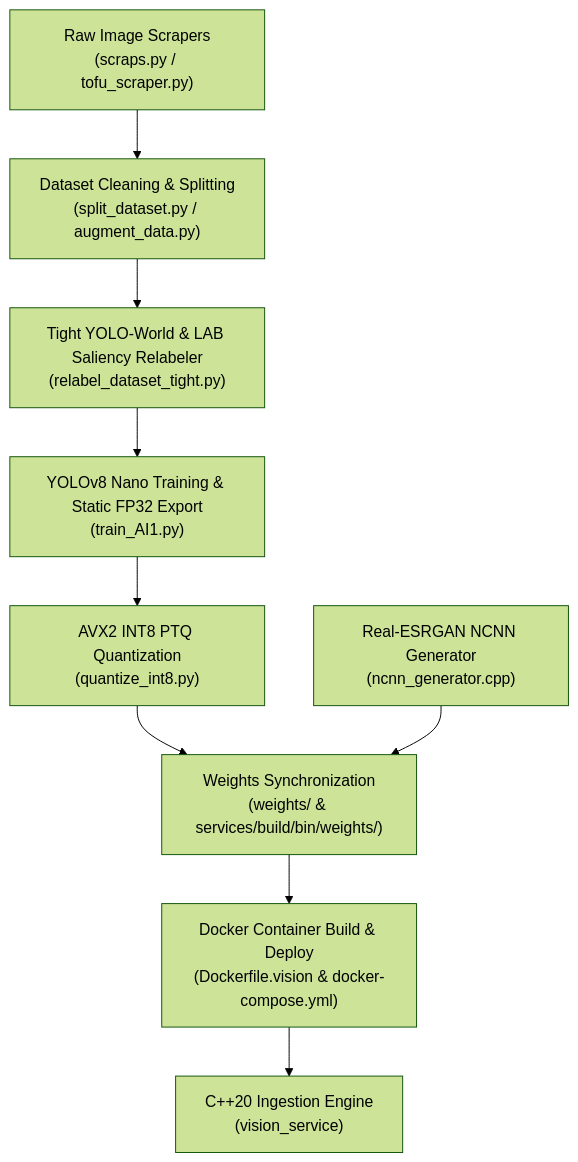
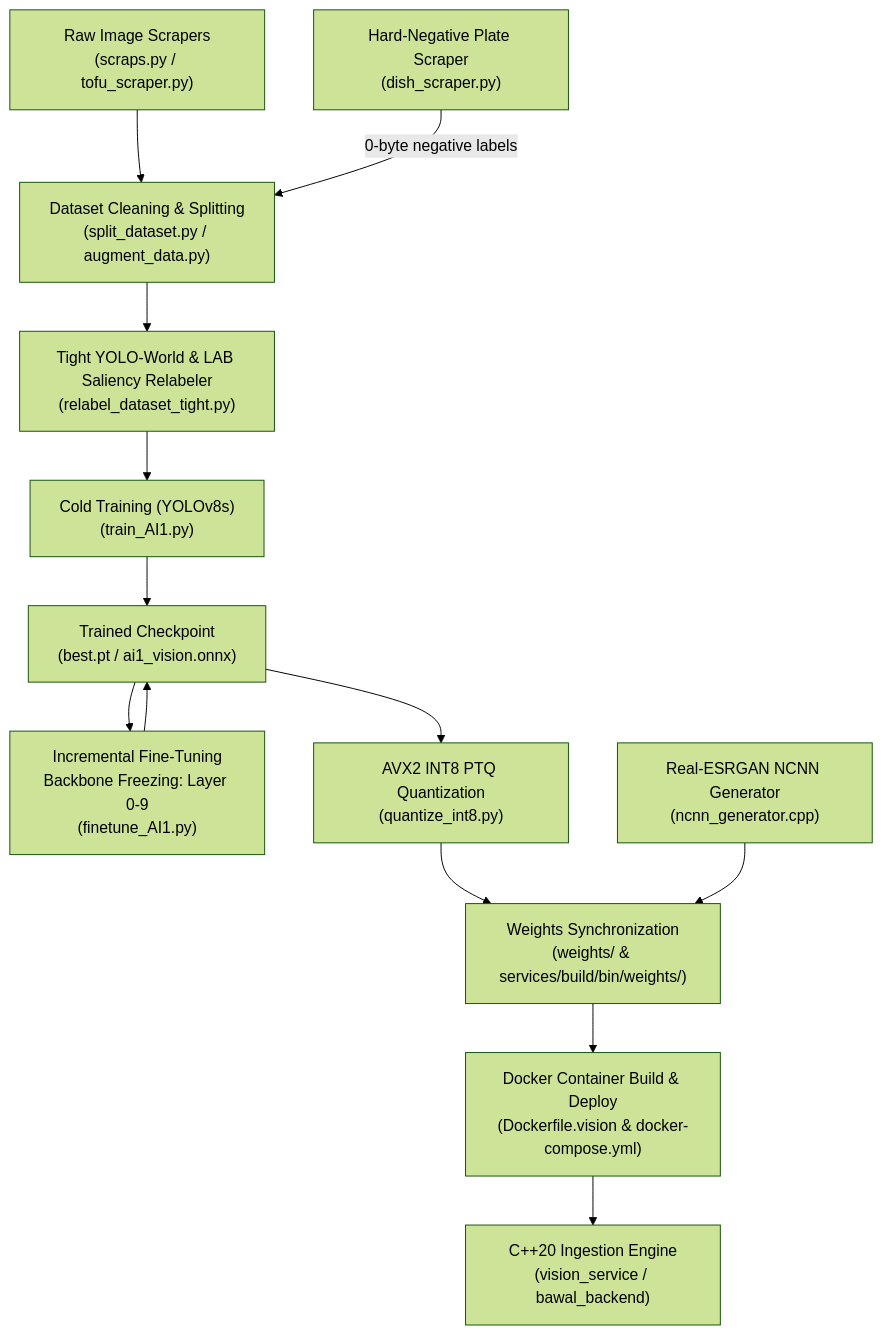
The diagram in ml/README.md (Bawaldev/BawalVision), drawn with Mermaid (forest theme) before and after one commit. The commit also changed other lines of this file and 2 other files, not shown here.

````diff
--- a/ml/README.md
+++ b/ml/README.md
@@ -9,11 +9,15 @@
 ```mermaid
 flowchart TD
     A["Raw Image Scrapers<br/>(scraps.py / tofu_scraper.py)"] --> B["Dataset Cleaning & Splitting<br/>(split_dataset.py / augment_data.py)"]
+    A2["Hard-Negative Plate Scraper<br/>(dish_scraper.py)"] -->|0-byte negative labels| B
     B --> C["Tight YOLO-World & LAB Saliency Relabeler<br/>(relabel_dataset_tight.py)"]
-    C --> D["YOLOv8 Nano Training & Static FP32 Export<br/>(train_AI1.py)"]
-    D --> E["AVX2 INT8 PTQ Quantization<br/>(quantize_int8.py)"]
-    E --> F["Weights Synchronization<br/>(weights/ & services/build/bin/weights/)"]
-    G["Real-ESRGAN NCNN Generator<br/>(ncnn_generator.cpp)"] --> F
-    F --> H["Docker Container Build & Deploy<br/>(Dockerfile.vision & docker-compose.yml)"]
-    H --> I["C++20 Ingestion Engine<br/>(vision_service)"]
+    C --> D["Cold Training (YOLOv8s)<br/>(train_AI1.py)"]
+    D --> E["Trained Checkpoint<br/>(best.pt / ai1_vision.onnx)"]
+    E --> F["Incremental Fine-Tuning<br/>Backbone Freezing: Layer 0-9<br/>(finetune_AI1.py)"]
+    F --> E
+    E --> G["AVX2 INT8 PTQ Quantization<br/>(quantize_int8.py)"]
+    G --> H["Weights Synchronization<br/>(weights/ & services/build/bin/weights/)"]
+    I["Real-ESRGAN NCNN Generator<br/>(ncnn_generator.cpp)"] --> H
+    H --> J["Docker Container Build & Deploy<br/>(Dockerfile.vision & docker-compose.yml)"]
+    J --> K["C++20 Ingestion Engine<br/>(vision_service / bawal_backend)"]
 ```
````
